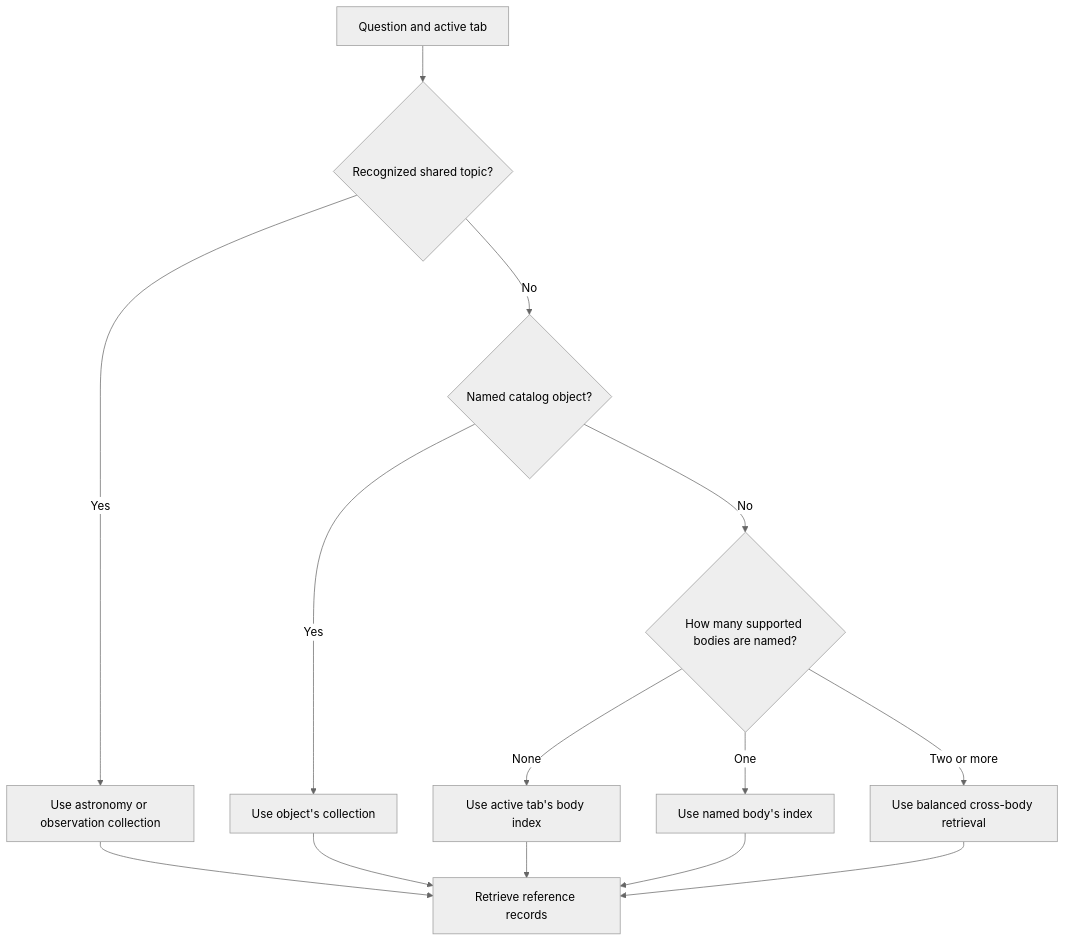
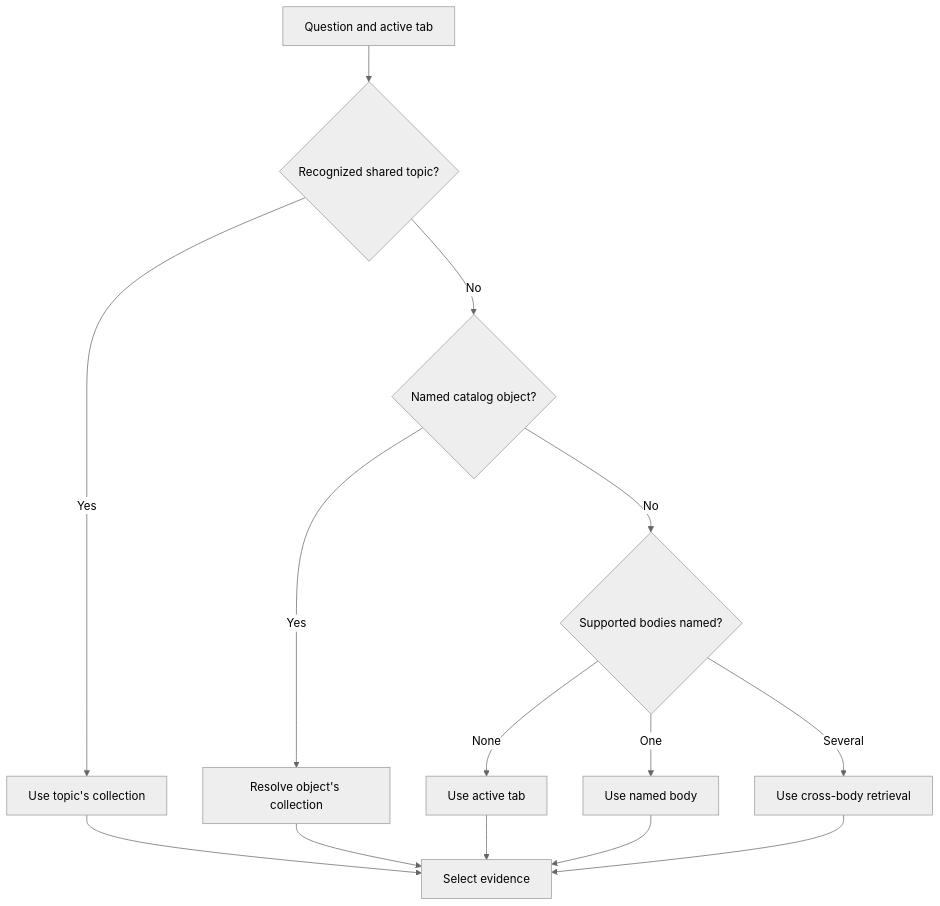
The fifth of 6 diagrams in docs/ai-pipeline.md (Kongstad/planetary-scanner), drawn with Mermaid (neutral theme) before and after one commit. The commit also changed other lines of this file, not shown here.

````diff
--- a/docs/ai-pipeline.md
+++ b/docs/ai-pipeline.md
@@ -316,16 +217,16 @@
 ```mermaid
 flowchart TD
     Question[Question and active tab] --> Shared{Recognized shared topic?}
-    Shared -->|Yes| Context[Use astronomy or observation collection]
+    Shared -->|Yes| Context[Use topic's collection]
     Shared -->|No| Object{Named catalog object?}
-    Object -->|Yes| Catalog[Use object's collection]
-    Object -->|No| Named{How many supported bodies are named?}
-    Named -->|None| Selected[Use active tab's body index]
-    Named -->|One| Explicit[Use named body's index]
-    Named -->|Two or more| Comparison[Use balanced cross-body retrieval]
-    Selected --> Evidence[Retrieve reference records]
+    Object -->|Yes| Catalog[Resolve object's collection]
+    Object -->|No| Named{Supported bodies named?}
+    Named -->|None| Selected[Use active tab]
+    Named -->|One| Explicit[Use named body]
+    Named -->|Several| Comparison[Use cross-body retrieval]
+    Context --> Evidence[Select evidence]
+    Catalog --> Evidence
+    Selected --> Evidence
     Explicit --> Evidence
     Comparison --> Evidence
-    Context --> Evidence
-    Catalog --> Evidence
 ```
````
